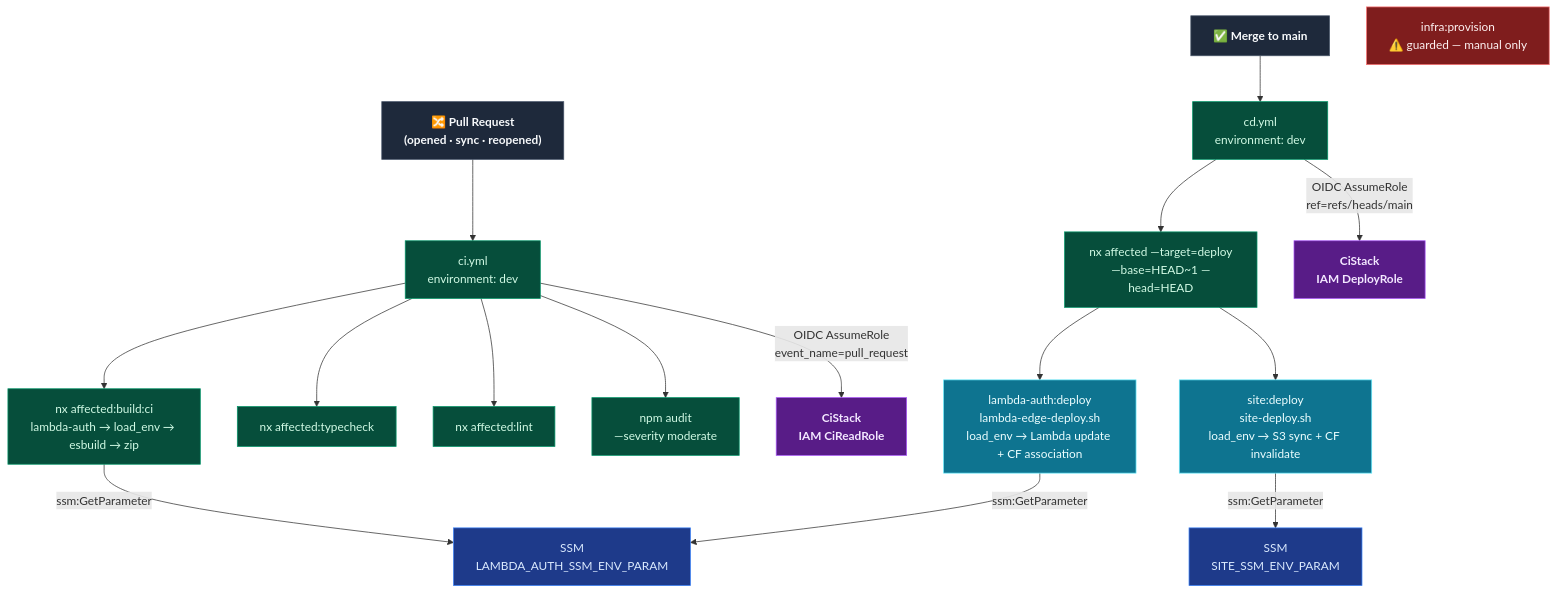
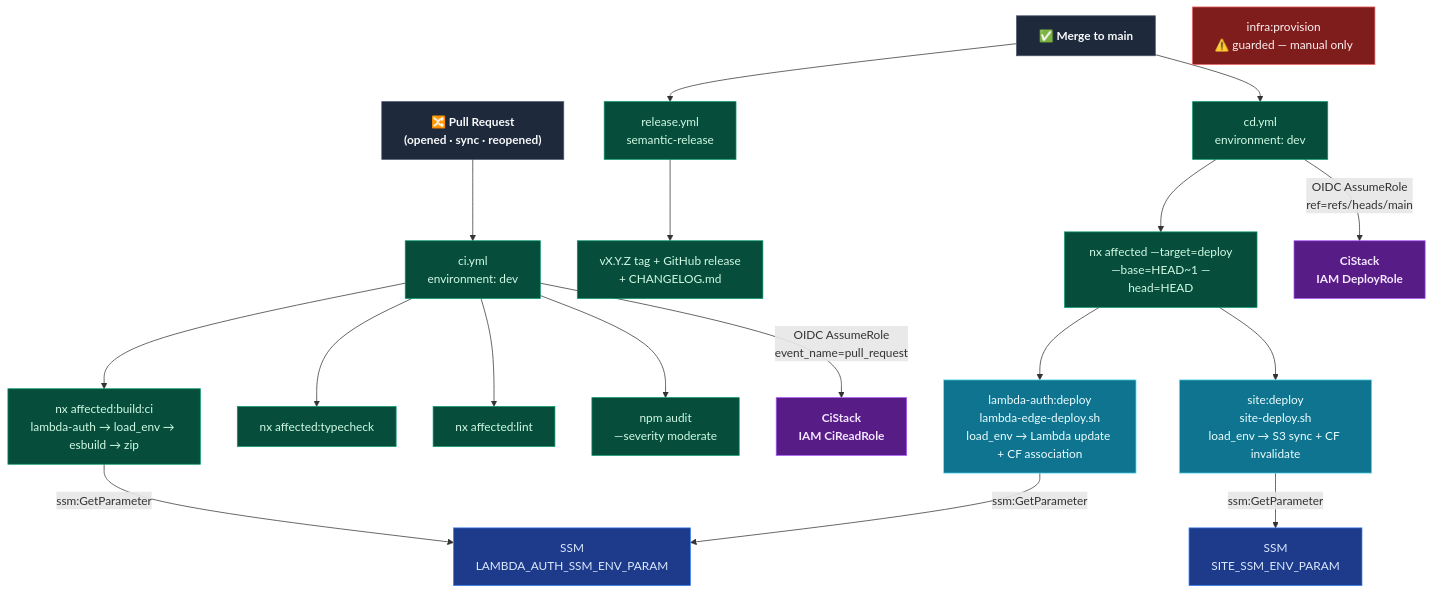
Before and after one commit to DataArt/artisyn-implementation-harness: the diagram in docs/Engineering Guide/Infrastructure/03 CI-CD Pipeline.md, drawn with Mermaid. The commit also changed other lines of this file and 5 other files, not shown here.

````diff
--- a/docs/Engineering Guide/Infrastructure/03 CI-CD Pipeline.md
+++ b/docs/Engineering Guide/Infrastructure/03 CI-CD Pipeline.md
@@ -17,28 +17,30 @@
 ```mermaid
 flowchart TD
     classDef gh      fill:#1e293b,stroke:#475569,color:#f8fafc,font-weight:bold
     classDef action  fill:#064e3b,stroke:#059669,color:#d1fae5
     classDef iam     fill:#581c87,stroke:#a855f7,color:#f3e8ff,font-weight:bold
     classDef ssm     fill:#1e3a8a,stroke:#3b82f6,color:#dbeafe
     classDef aws     fill:#0e7490,stroke:#67e8f9,color:#ecfeff
     classDef guarded fill:#7f1d1d,stroke:#f87171,color:#fef2f2
 
     PR["🔀 Pull Request\n(opened · sync · reopened)"]:::gh --> CI["ci.yml\nenvironment: dev"]:::action
     MERGE["✅ Merge to main"]:::gh --> CD["cd.yml\nenvironment: dev"]:::action
+    MERGE --> REL["release.yml\nsemantic-release"]:::action
     CI -->|OIDC AssumeRole\nevent_name=pull_request| READROLE["CiStack\nIAM CiReadRole"]:::iam
     CD -->|OIDC AssumeRole\nref=refs/heads/main| ROLE["CiStack\nIAM DeployRole"]:::iam
+    REL --> TAG["vX.Y.Z tag + GitHub release\n+ CHANGELOG.md"]:::action
 
     CI --> AUDIT["npm audit\n—severity moderate"]:::action
     CI --> LINT["nx affected:lint"]:::action
     CI --> TC["nx affected:typecheck"]:::action
     CI --> BUILD["nx affected:build:ci\nlambda-auth → load_env → esbuild → zip"]:::action
 
     CD --> DEPLOY["nx affected —target=deploy\n—base=HEAD~1 —head=HEAD"]:::action
     DEPLOY --> SITE["site:deploy\nsite-deploy.sh\nload_env → S3 sync + CF invalidate"]:::aws
     DEPLOY --> LAE["lambda-auth:deploy\nlambda-edge-deploy.sh\nload_env → Lambda update + CF association"]:::aws
 
     BUILD & LAE -->|ssm:GetParameter| SSM_L["SSM\nLAMBDA_AUTH_SSM_ENV_PARAM"]:::ssm
     SITE -->|ssm:GetParameter| SSM_S["SSM\nSITE_SSM_ENV_PARAM"]:::ssm
 
     PROV["infra:provision\n⚠️ guarded — manual only"]:::guarded
 ```
````
